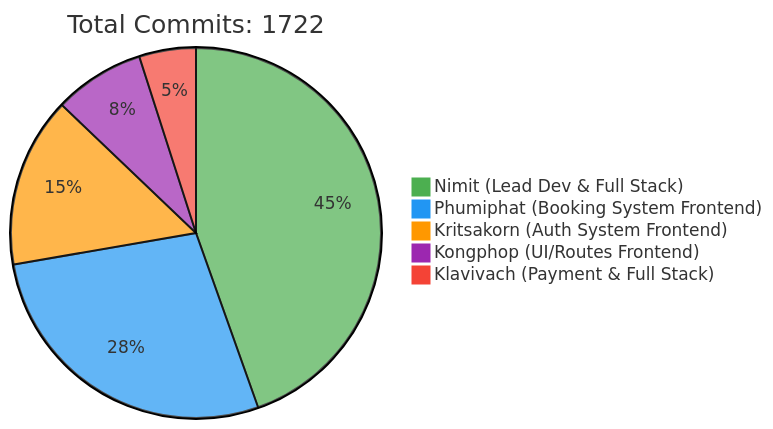
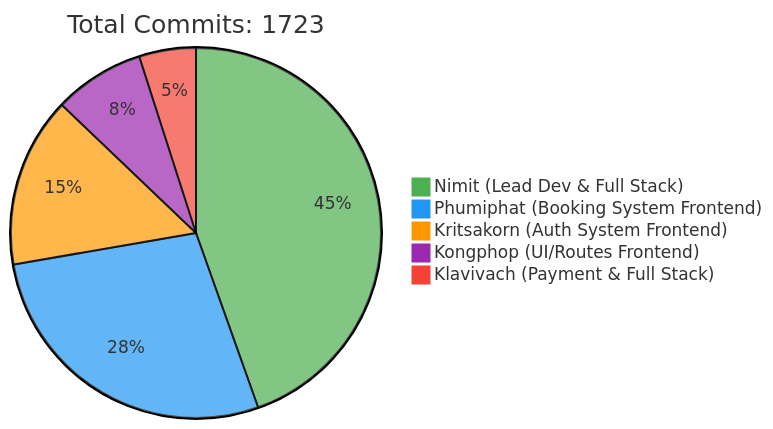
One commit to 6531503042/Sport-Complex changed the first of 2 diagrams in README.md. Above: the diagram before and after it, drawn with Mermaid. The commit also changed other lines of this file, not shown here.

Commit message:
docs: Update contributor statistics [skip ci]

````diff
--- a/README.md
+++ b/README.md
@@ -257,10 +257,10 @@
 ```mermaid
 %%{init: {'theme': 'base', 'themeVariables': { 'pie1': '#4CAF50', 'pie2': '#2196F3', 'pie3': '#FF9800', 'pie4': '#9C27B0', 'pie5': '#F44336'}}}%%
 pie
-    title Total Commits: 1722
+    title Total Commits: 1723
     "Nimit (Lead Dev & Full Stack)" : 450
     "Phumiphat (Booking System Frontend)" : 280
     "Kritsakorn (Auth System Frontend)" : 150
     "Kongphop (UI/Routes Frontend)" : 80
     "Klavivach (Payment & Full Stack)" : 50
 ```
````
